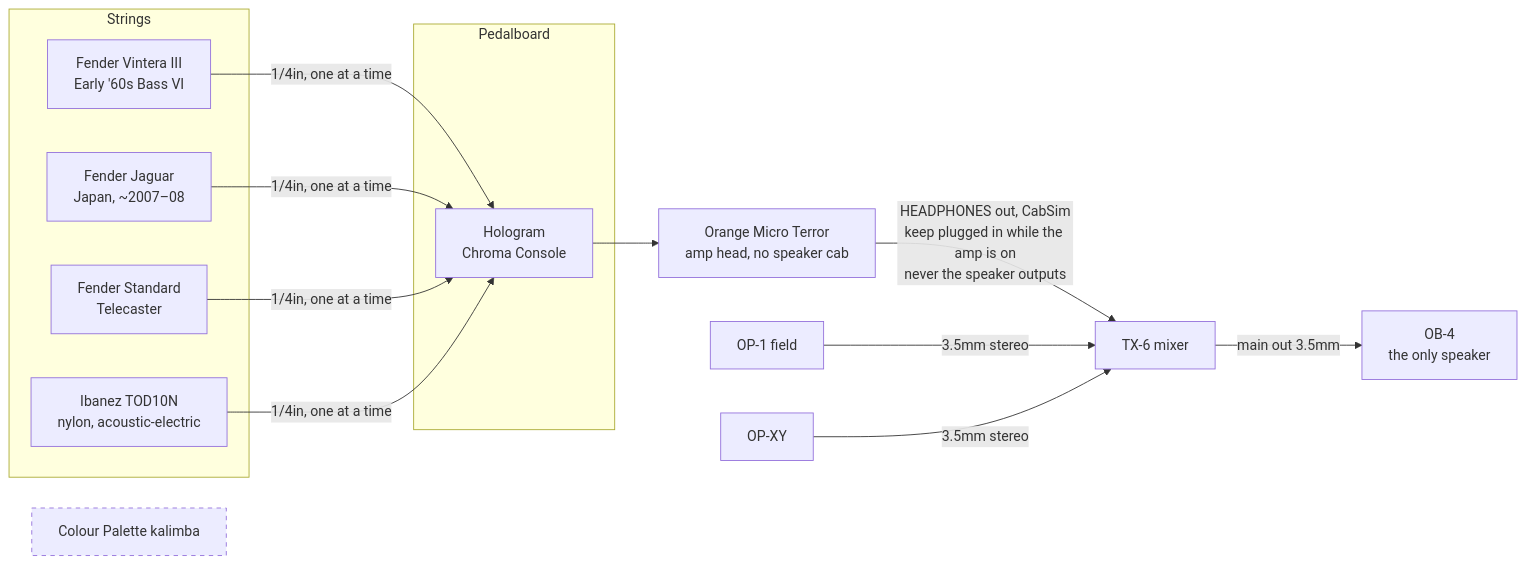
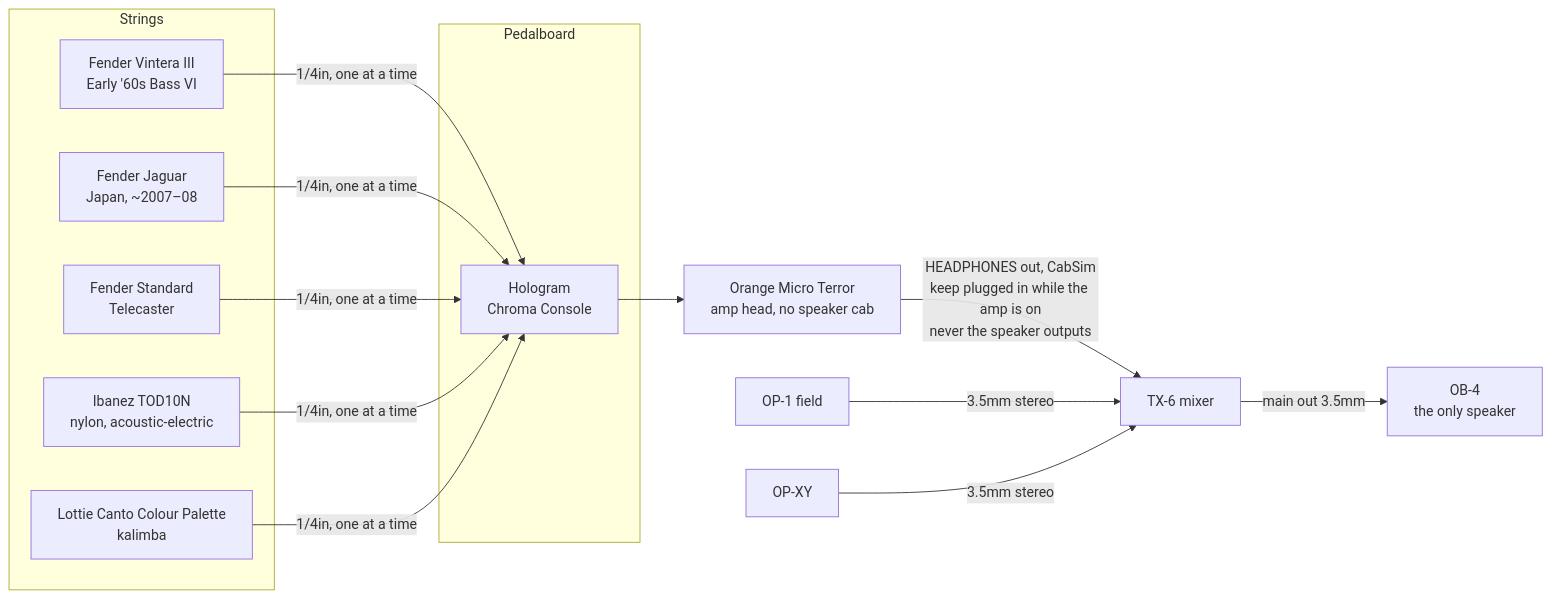
The diagram in setup/signal-chain.md (samelliottdlt/music), drawn with Mermaid before and after one commit. The commit also changed other lines of this file and 4 other files, not shown here.

````diff
--- a/setup/signal-chain.md
+++ b/setup/signal-chain.md
@@ -5,26 +5,23 @@
 ```mermaid
 flowchart LR
     subgraph Strings
         BVI[Fender Vintera III<br/>Early '60s Bass VI]
         JAG[Fender Jaguar<br/>Japan, ~2007–08]
         TELE[Fender Standard<br/>Telecaster]
         IBZ[Ibanez TOD10N<br/>nylon, acoustic-electric]
+        KAL[Lottie Canto Colour Palette<br/>kalimba]
     end
 
     subgraph Pedalboard
         CHROMA[Hologram<br/>Chroma Console]
     end
 
-    BVI & JAG & TELE & IBZ -->|1/4in, one at a time| CHROMA
+    BVI & JAG & TELE & IBZ & KAL -->|1/4in, one at a time| CHROMA
     CHROMA --> AMP[Orange Micro Terror<br/>amp head, no speaker cab]
     AMP -->|HEADPHONES out, CabSim<br/>keep plugged in while the amp is on<br/>never the speaker outputs| TX6
 
     OP1[OP-1 field] -->|3.5mm stereo| TX6
     OPXY[OP-XY] -->|3.5mm stereo| TX6
 
     TX6[TX-6 mixer] -->|main out 3.5mm| OB4[OB-4<br/>the only speaker]
-
-    KAL[Colour Palette kalimba]:::notconnected
-
-    classDef notconnected stroke-dasharray: 5 5
 ```
````
